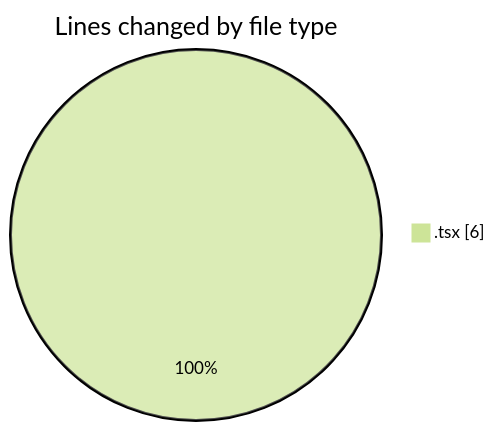
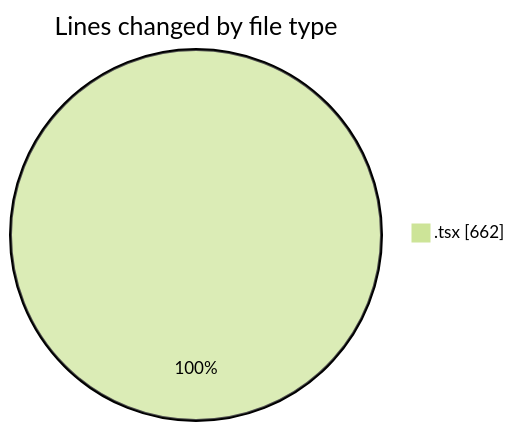
Before and after one commit to nxtqubesakshisongat/code-tracking: the first of 2 diagrams in 2026-07-16/nxtqube_webapp/README.md, drawn with Mermaid (forest theme). The commit also changed other lines of this file and 1 other file, not shown here.

````diff
--- a/2026-07-16/nxtqube_webapp/README.md
+++ b/2026-07-16/nxtqube_webapp/README.md
@@ -20,5 +22,5 @@
 ```mermaid
 pie showData
 title Lines changed by file type
-".tsx" : 6
+".tsx" : 662
 ```
````
